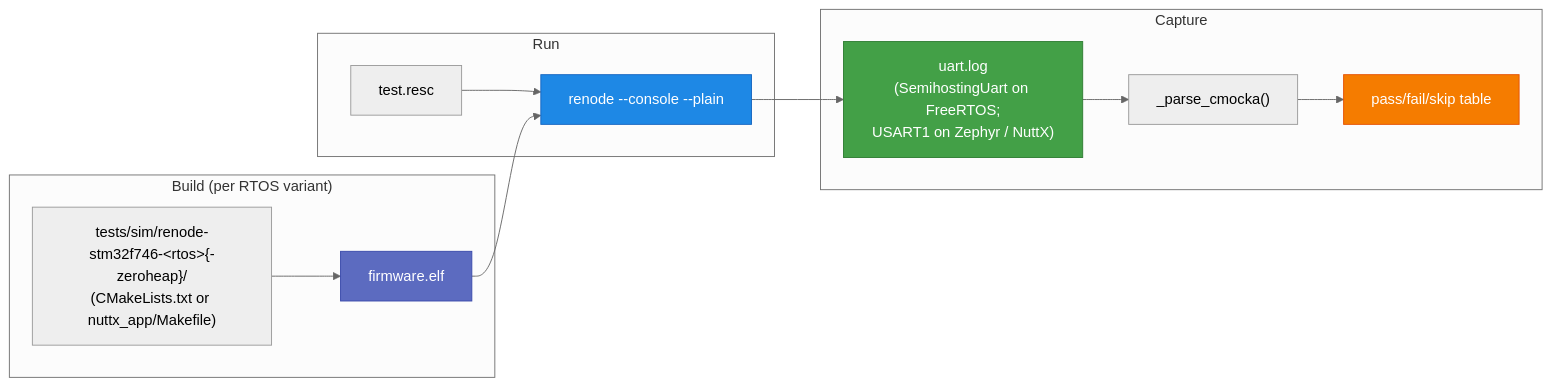
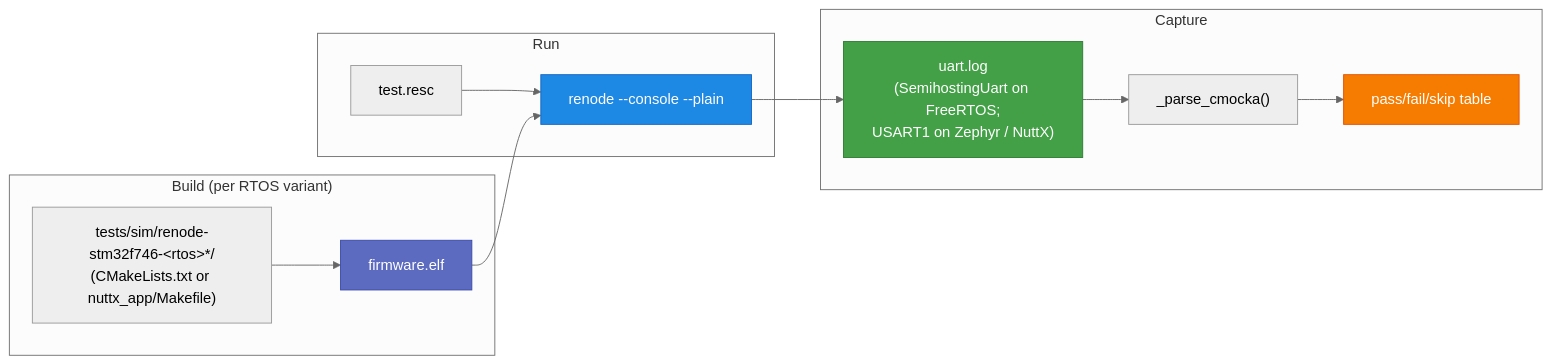
One commit to Varcain/oveRTOS changed the diagram in docs-site/docs/testing/renode.md. Above: the diagram before and after it, drawn with Mermaid (neutral theme). The commit also changed other lines of this file and 24 other files, not shown here.

````diff
--- a/docs-site/docs/testing/renode.md
+++ b/docs-site/docs/testing/renode.md
@@ -47,28 +47,28 @@
 ```mermaid
 flowchart LR
     subgraph Build["Build (per RTOS variant)"]
-        SRC["tests/sim/renode-stm32f746-&lt;rtos&gt;{-zeroheap}/<br/>(CMakeLists.txt or nuttx_app/Makefile)"]
+        SRC["tests/sim/renode-stm32f746-&lt;rtos&gt;*/<br/>(CMakeLists.txt or nuttx_app/Makefile)"]
         ELF["firmware.elf"]
         SRC --> ELF
     end
 
     subgraph Run["Run"]
         RESC["test.resc"]
         RENODE["renode --console --plain"]
         RESC --> RENODE
     end
 
     subgraph Capture
         UART["uart.log<br/>(SemihostingUart on FreeRTOS;<br/>USART1 on Zephyr / NuttX)"]
         PARSE["_parse_cmocka()"]
         TABLE["pass/fail/skip table"]
         UART --> PARSE --> TABLE
     end
 
     ELF --> RENODE --> UART
 
     style ELF fill:#5c6bc0,stroke:#3949ab,color:#fff
     style RENODE fill:#1e88e5,stroke:#1565c0,color:#fff
     style UART fill:#43a047,stroke:#2e7d32,color:#fff
     style TABLE fill:#f57c00,stroke:#e65100,color:#fff
 ```
````
